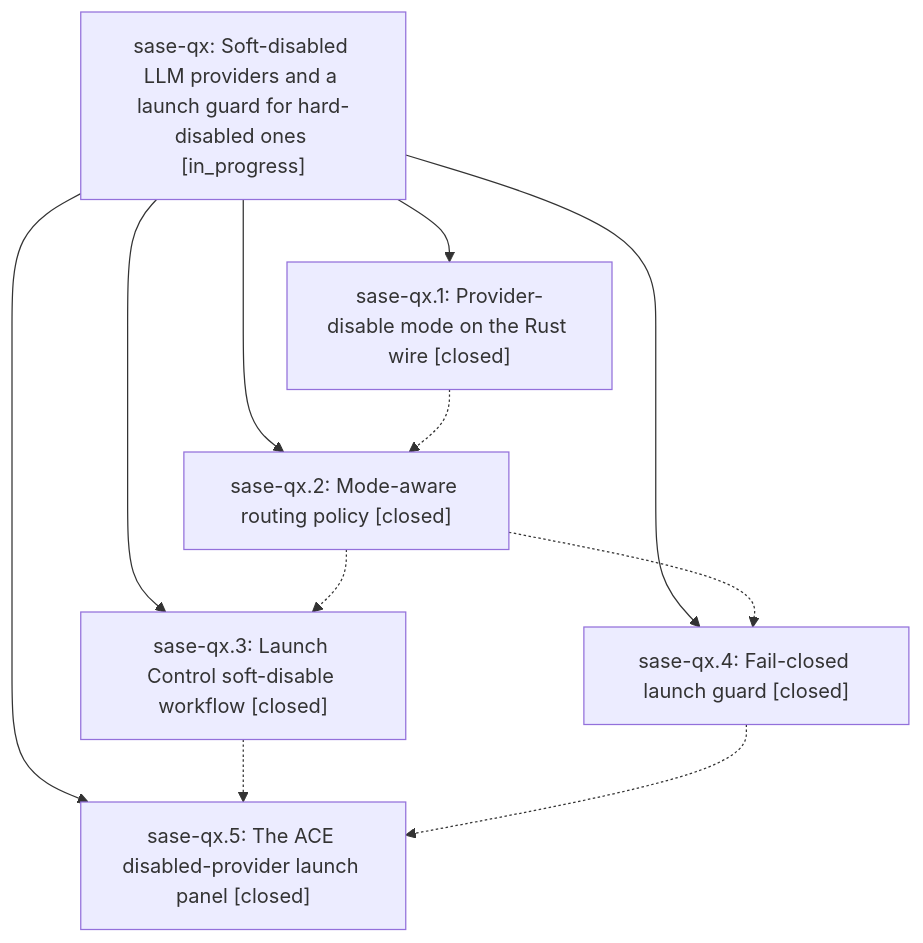
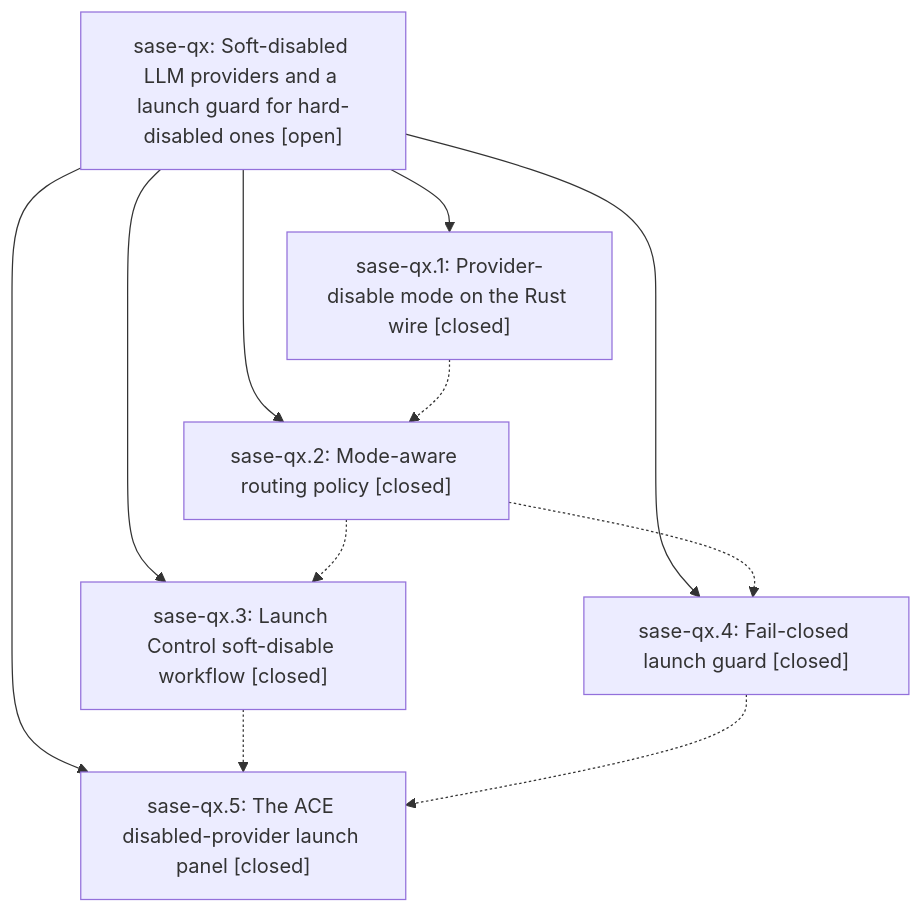
Before and after one commit to sase-org/sase--beads: the diagram in pages/sase-qx/README.md, drawn with Mermaid. The commit also changed other lines of this file, not shown here.

First line of the commit message:
chore(beads): sync bead state and pages for sase-qx

````diff
--- a/pages/sase-qx/README.md
+++ b/pages/sase-qx/README.md
@@ -49,19 +87,19 @@
 ```mermaid
 flowchart TD
-    n0["sase-qx: Soft-disabled LLM providers and a launch guard for hard-disabled ones [in_progress]"]
+    n0["sase-qx: Soft-disabled LLM providers and a launch guard for hard-disabled ones [open]"]
     n1["sase-qx.1: Provider-disable mode on the Rust wire [closed]"]
     n2["sase-qx.2: Mode-aware routing policy [closed]"]
     n3["sase-qx.3: Launch Control soft-disable workflow [closed]"]
     n4["sase-qx.4: Fail-closed launch guard [closed]"]
     n5["sase-qx.5: The ACE disabled-provider launch panel [closed]"]
     n0 --> n1
     n0 --> n2
     n0 --> n3
     n0 --> n4
     n0 --> n5
     n1 -.-> n2
     n2 -.-> n3
     n2 -.-> n4
     n3 -.-> n5
     n4 -.-> n5
 ```
````
